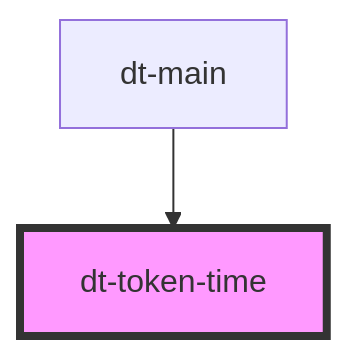
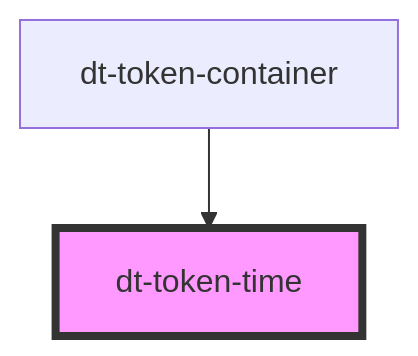
One commit to genexuslabs/design-tokens-editor changed the diagram in src/components/token-time/readme.md. Above: the diagram before and after it, drawn with Mermaid. The commit also changed other lines of this file and 33 other files, not shown here.

Commit message:
finish token-container code

````diff
--- a/src/components/token-time/readme.md
+++ b/src/components/token-time/readme.md
@@ -22,5 +22,5 @@
 ```mermaid
 graph TD;
-  dt-main --> dt-token-time
+  dt-token-container --> dt-token-time
   style dt-token-time fill:#f9f,stroke:#333,stroke-width:4px
 ```
````
